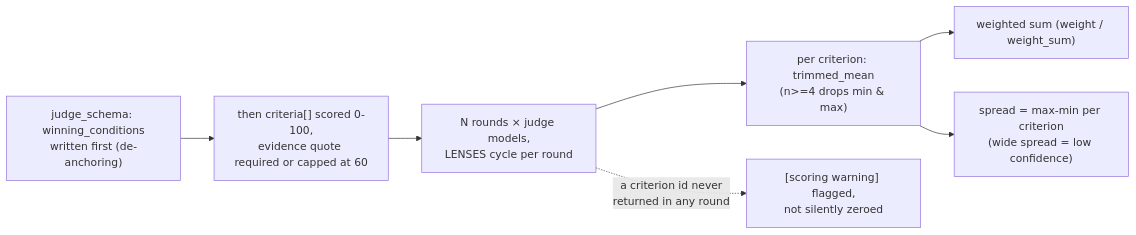
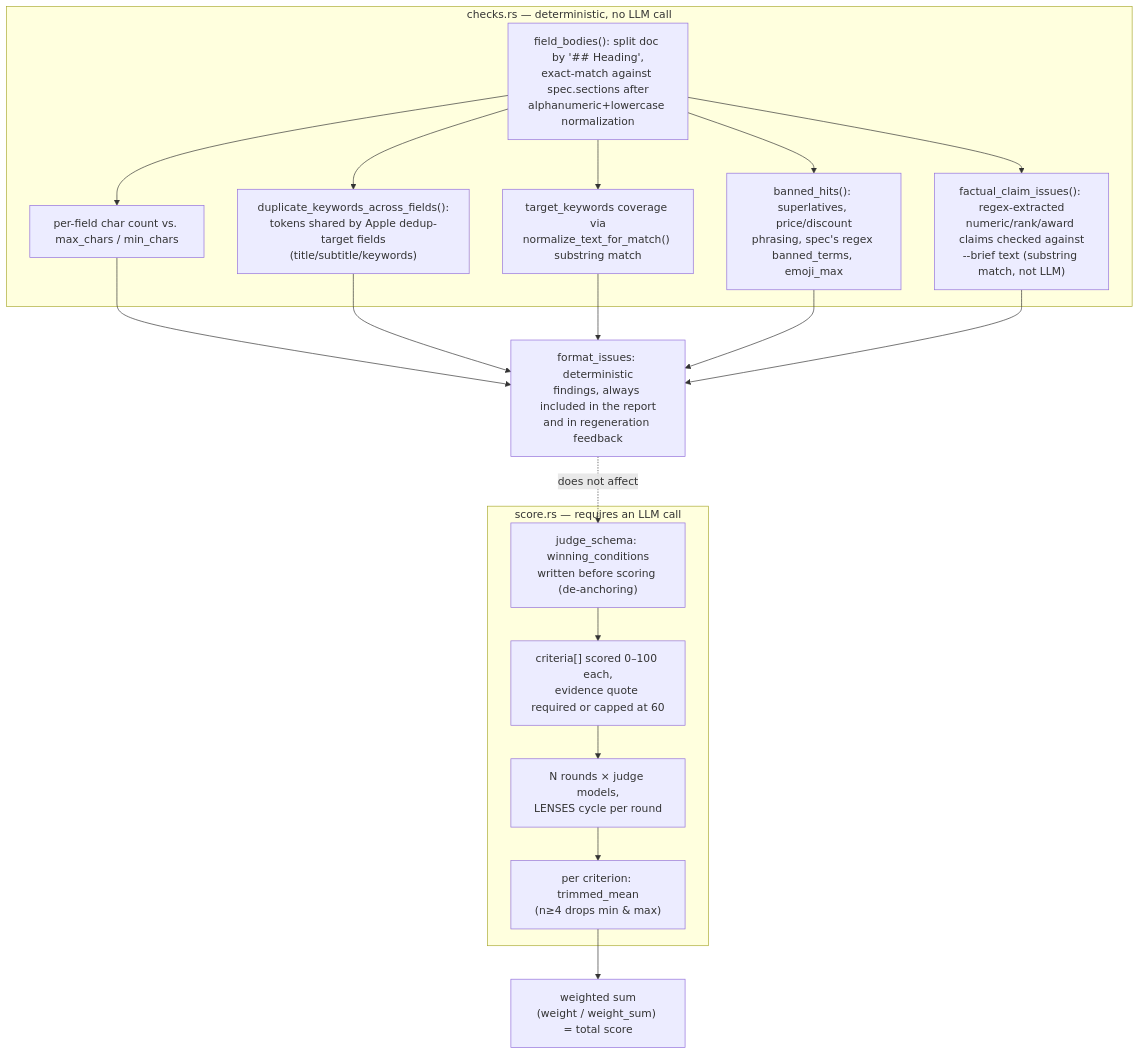
One commit to Loop-Suite/aso-loop changed the fifth of 6 diagrams in README.md. Above: the diagram before and after it, drawn with Mermaid. The commit also changed other lines of this file, not shown here.

First line of the commit message:
Rewrite README in English with pipeline, architecture, and scoring diagrams

````diff
--- a/README.md
+++ b/README.md
@@ -44,9 +215,21 @@
 ```mermaid
-flowchart LR
-    A["judge_schema: winning_conditions<br/>written first (de-anchoring)"] --> B["then criteria[] scored 0-100,<br/>evidence quote required or capped at 60"]
-    B --> C["N rounds × judge models,<br/>LENSES cycle per round"]
-    C --> D["per criterion: trimmed_mean<br/>(n>=4 drops min & max)"]
-    D --> E["weighted sum (weight / weight_sum)"]
-    C -.->|"a criterion id never<br/>returned in any round"| F["[scoring warning] flagged,<br/>not silently zeroed"]
-    D --> G["spread = max-min per criterion<br/>(wide spread = low confidence)"]
+flowchart TB
+    subgraph det["checks.rs — deterministic, no LLM call"]
+        D1["field_bodies(): split doc by '## Heading',<br/>exact-match against spec.sections after<br/>alphanumeric+lowercase normalization"]
+        D2["per-field char count vs. max_chars / min_chars"]
+        D3["duplicate_keywords_across_fields():<br/>tokens shared by Apple dedup-target fields<br/>(title/subtitle/keywords)"]
+        D4["target_keywords coverage via<br/>normalize_text_for_match() substring match"]
+        D5["banned_hits(): superlatives, price/discount<br/>phrasing, spec's regex banned_terms, emoji_max"]
+        D6["factual_claim_issues(): regex-extracted<br/>numeric/rank/award claims checked against<br/>--brief text (substring match, not LLM)"]
+    end
+    subgraph llmj["score.rs — requires an LLM call"]
+        J1["judge_schema: winning_conditions<br/>written before scoring (de-anchoring)"]
+        J2["criteria[] scored 0–100 each,<br/>evidence quote required or capped at 60"]
+        J3["N rounds × judge models,<br/>LENSES cycle per round"]
+        J4["per criterion: trimmed_mean<br/>(n≥4 drops min & max)"]
+    end
+    D1 --> D2 & D3 & D4 & D5 & D6
+    D2 & D3 & D4 & D5 & D6 --> R["format_issues: deterministic<br/>findings, always included in the report<br/>and in regeneration feedback"]
+    J1 --> J2 --> J3 --> J4 --> W["weighted sum<br/>(weight / weight_sum) = total score"]
+    R -. does not affect .-> J1
 ```
````
